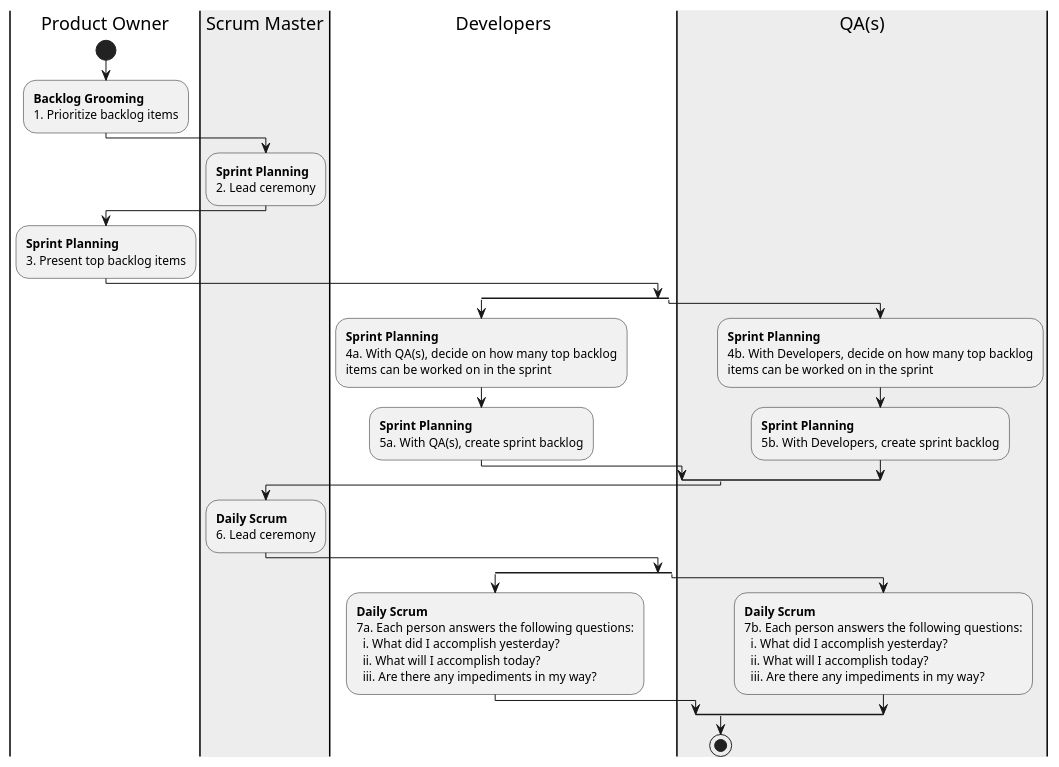
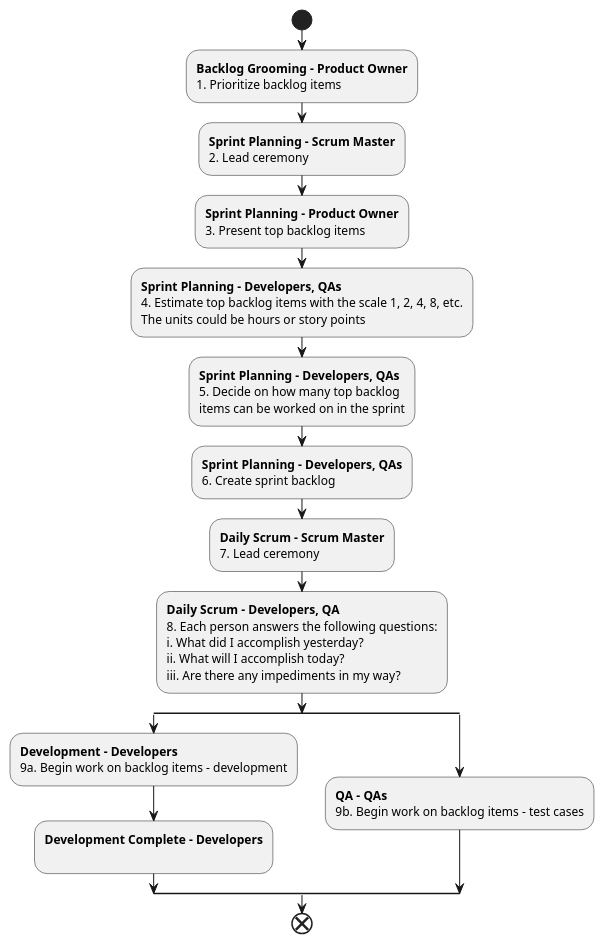
One commit to datchung/blog-posts changed the diagram in 2020/2020-05-29_Documenting a SDLC/RoleBasedSdlc.puml. Above: the diagram before and after it, drawn with PlantUML.

Commit message:
Reformat diagram

```diff
--- a/2020/2020-05-29_Documenting a SDLC/RoleBasedSdlc.puml
+++ b/2020/2020-05-29_Documenting a SDLC/RoleBasedSdlc.puml
@@ -1,70 +1,56 @@
 @startuml RoleBasedSdlc
 
 skinparam monochrome true
 skinparam Shadowing false
 
-|Product Owner|
 start
-:**Backlog Grooming**
+
+:**Backlog Grooming - Product Owner**
 1. Prioritize backlog items;
 
-|#AntiqueWhite|Scrum Master|
-:**Sprint Planning**
+' T shirt size estimate
+
+:**Sprint Planning - Scrum Master**
 2. Lead ceremony;
 
-|Product Owner|
-:**Sprint Planning**
+:**Sprint Planning - Product Owner**
 3. Present top backlog items;
 
+:**Sprint Planning - Developers, QAs**
+4. Estimate top backlog items with the scale 1, 2, 4, 8, etc.
+The units could be hours or story points;
 
-|Developers|
+:**Sprint Planning - Developers, QAs**
+5. Decide on how many top backlog
+items can be worked on in the sprint;
+
+:**Sprint Planning - Developers, QAs**
+6. Create sprint backlog;
+
+:**Daily Scrum - Scrum Master**
+7. Lead ceremony;
+
+:**Daily Scrum - Developers, QA**
+8. Each person answers the following questions:
+i. What did I accomplish yesterday?
+ii. What will I accomplish today?
+iii. Are there any impediments in my way?;
+
 split
 
-:**Sprint Planning**
-4a. With QA(s), decide on how many top backlog
-items can be worked on in the sprint;
+:**Development - Developers**
+9a. Begin work on backlog items - development;
 
-|Developers|
-:**Sprint Planning**
-5a. With QA(s), create sprint backlog;
+:**Development Complete - Developers**
+;
 
-|#AntiqueWhite|QA(s)|
 split again
 
-:**Sprint Planning**
-4b. With Developers, decide on how many top backlog
-items can be worked on in the sprint;
-
-|QA(s)|
-:**Sprint Planning**
-5b. With Developers, create sprint backlog;
+:**QA - QAs**
+9b. Begin work on backlog items - test cases;
 
 end split
 
-|Scrum Master|
-:**Daily Scrum**
-6. Lead ceremony;
-
-|Developers|
-split
-
-:**Daily Scrum**
-7a. Each person answers the following questions:
-  i. What did I accomplish yesterday?
-  ii. What will I accomplish today?
-  iii. Are there any impediments in my way?;
-
-|QA(s)|
-split again
-
-:**Daily Scrum**
-7b. Each person answers the following questions:
-  i. What did I accomplish yesterday?
-  ii. What will I accomplish today?
-  iii. Are there any impediments in my way?;
-
-end split
-
-stop
+end
 
 @enduml
```
